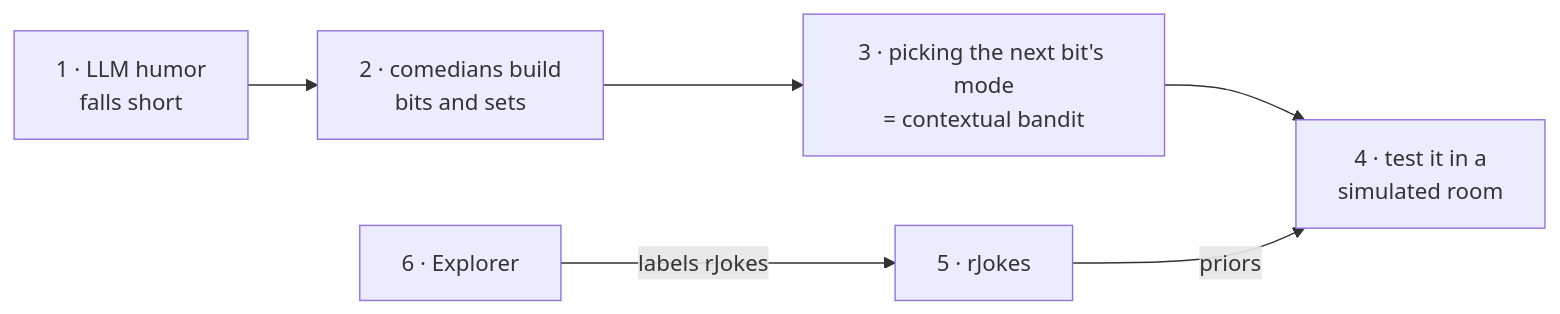
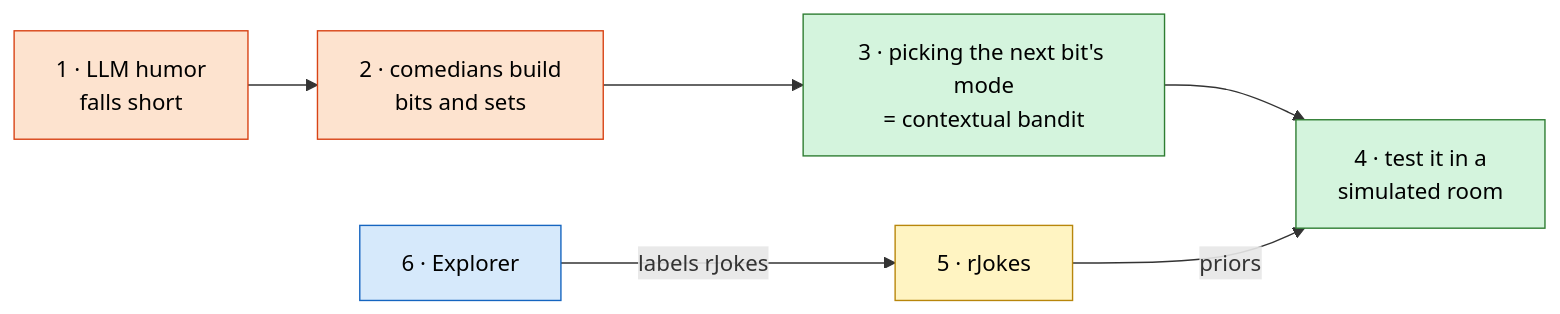
Before and after one commit to Panreta/humor-me: the diagram in docs/wiki/README.md, drawn with Mermaid. The commit also changed other lines of this file and 4 other files, not shown here.

First line of the commit message:
Colour every diagram by component type, not just the study guide's

````diff
--- a/docs/wiki/README.md
+++ b/docs/wiki/README.md
@@ -27,9 +27,18 @@
 ```mermaid
 %%{init: {"theme": "default"}}%%
 flowchart LR
     A["1 · LLM humor<br/>falls short"] --> B["2 · comedians build<br/>bits and sets"]
     B --> C["3 · picking the next bit's mode<br/>= contextual bandit"]
     C --> D["4 · test it in a<br/>simulated room"]
     E["5 · rJokes"] -->|priors| D
     F["6 · Explorer"] -->|labels rJokes| E
+
+    classDef concept fill:#fde3cf,stroke:#d84315,color:#000
+    classDef rl fill:#d4f4dd,stroke:#2e7d32,color:#000
+    classDef data fill:#fff4c2,stroke:#b8860b,color:#000
+    classDef infra fill:#d6e9fb,stroke:#1565c0,color:#000
+    class A,B concept
+    class C,D rl
+    class E data
+    class F infra
 ```
````
